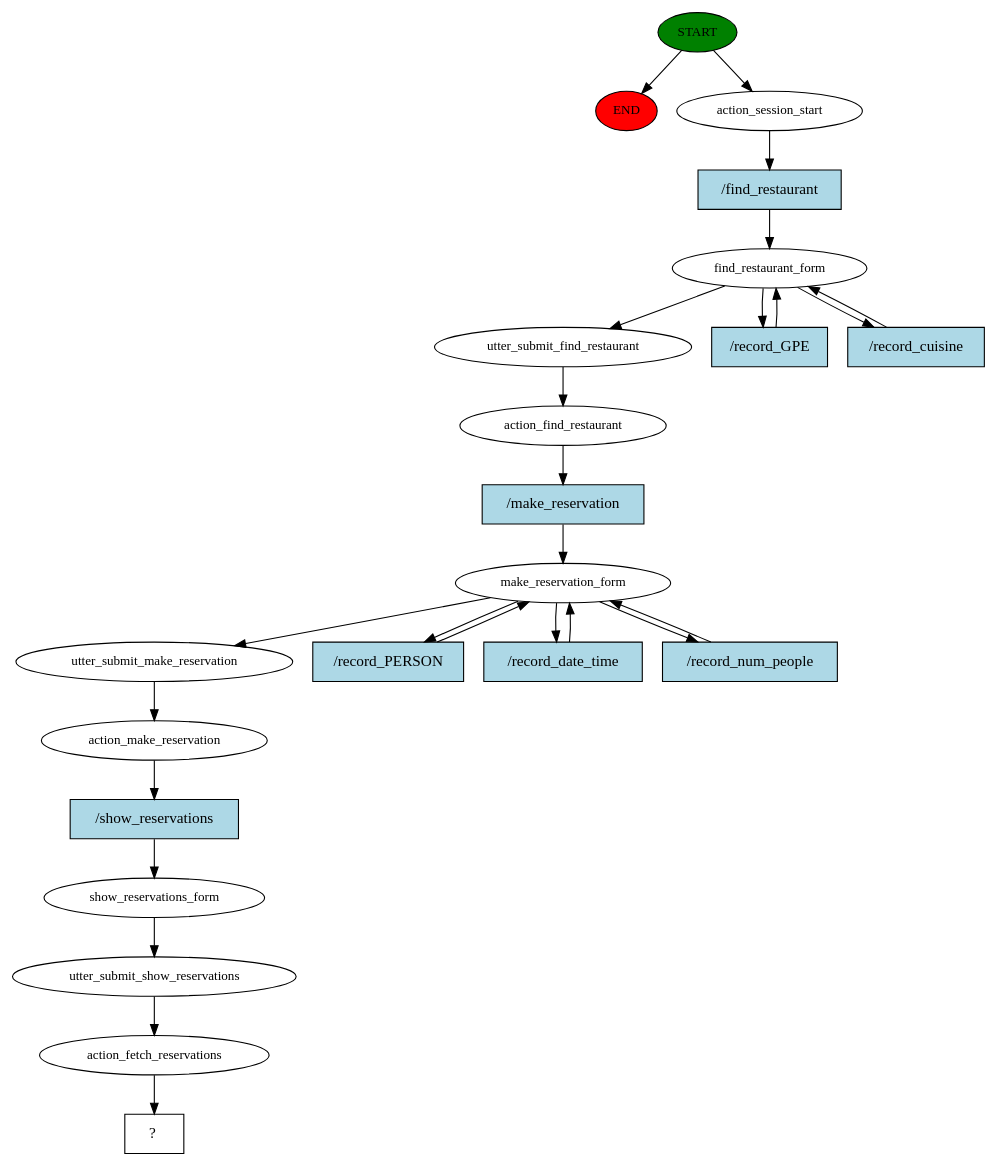
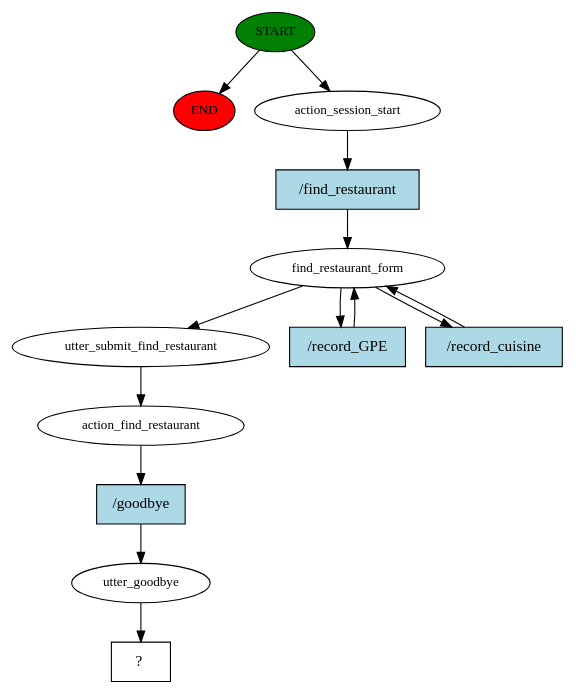
Before and after one commit to AsiaSzych/IU_Voice_Assistants: the diagram in rasa_chatbot/story_graph.dot, drawn with Graphviz. The commit also changed 8 other files, not shown here.

```diff
--- a/rasa_chatbot/story_graph.dot
+++ b/rasa_chatbot/story_graph.dot
@@ -1,48 +1,27 @@
 digraph  {
 0 [class="start active", fillcolor=green, fontsize=12, label=START, style=filled];
 "-1" [class=end, fillcolor=red, fontsize=12, label=END, style=filled];
 1 [class=active, fontsize=12, label=action_session_start];
 2 [class=active, fontsize=12, label=find_restaurant_form];
 5 [class=active, fontsize=12, label=utter_submit_find_restaurant];
 6 [class=active, fontsize=12, label=action_find_restaurant];
-7 [class=active, fontsize=12, label=make_reservation_form];
-11 [class=active, fontsize=12, label=utter_submit_make_reservation];
-12 [class=active, fontsize=12, label=action_make_reservation];
-13 [class=active, fontsize=12, label=show_reservations_form];
-14 [class=active, fontsize=12, label=utter_submit_show_reservations];
-15 [class=active, fontsize=12, label=action_fetch_reservations];
-16 [class="intent dashed active", label="  ?  ", shape=rect];
-17 [class="intent active", fillcolor=lightblue, label="/find_restaurant", shape=rect, style=filled];
-18 [class="intent active", fillcolor=lightblue, label="/record_GPE", shape=rect, style=filled];
-19 [class="intent active", fillcolor=lightblue, label="/record_cuisine", shape=rect, style=filled];
-20 [class="intent active", fillcolor=lightblue, label="/make_reservation", shape=rect, style=filled];
-21 [class="intent active", fillcolor=lightblue, label="/record_PERSON", shape=rect, style=filled];
-22 [class="intent active", fillcolor=lightblue, label="/record_date_time", shape=rect, style=filled];
-23 [class="intent active", fillcolor=lightblue, label="/record_num_people", shape=rect, style=filled];
-24 [class="intent active", fillcolor=lightblue, label="/show_reservations", shape=rect, style=filled];
+7 [class=active, fontsize=12, label=utter_goodbye];
+8 [class="intent dashed active", label="  ?  ", shape=rect];
+9 [class="intent active", fillcolor=lightblue, label="/find_restaurant", shape=rect, style=filled];
+10 [class="intent active", fillcolor=lightblue, label="/record_GPE", shape=rect, style=filled];
+11 [class="intent active", fillcolor=lightblue, label="/record_cuisine", shape=rect, style=filled];
+12 [class="intent active", fillcolor=lightblue, label="/goodbye", shape=rect, style=filled];
 0 -> "-1"  [class="", key=NONE, label=""];
 0 -> 1  [class=active, key=NONE, label=""];
-1 -> 17  [class=active, key=0];
+1 -> 9  [class=active, key=0];
 2 -> 5  [class=active, key=NONE, label=""];
-2 -> 18  [class=active, key=0];
-2 -> 19  [class=active, key=0];
+2 -> 10  [class=active, key=0];
+2 -> 11  [class=active, key=0];
 5 -> 6  [class=active, key=NONE, label=""];
-6 -> 20  [class=active, key=0];
-7 -> 11  [class=active, key=NONE, label=""];
-7 -> 21  [class=active, key=0];
-7 -> 22  [class=active, key=0];
-7 -> 23  [class=active, key=0];
-11 -> 12  [class=active, key=NONE, label=""];
-12 -> 24  [class=active, key=0];
-13 -> 14  [class=active, key=NONE, label=""];
-14 -> 15  [class=active, key=NONE, label=""];
-15 -> 16  [class=active, key=NONE, label=""];
-17 -> 2  [class=active, key=0];
-18 -> 2  [class=active, key=0];
-19 -> 2  [class=active, key=0];
-20 -> 7  [class=active, key=0];
-21 -> 7  [class=active, key=0];
-22 -> 7  [class=active, key=0];
-23 -> 7  [class=active, key=0];
-24 -> 13  [class=active, key=0];
+6 -> 12  [class=active, key=0];
+7 -> 8  [class=active, key=NONE, label=""];
+9 -> 2  [class=active, key=0];
+10 -> 2  [class=active, key=0];
+11 -> 2  [class=active, key=0];
+12 -> 7  [class=active, key=0];
 }
```
